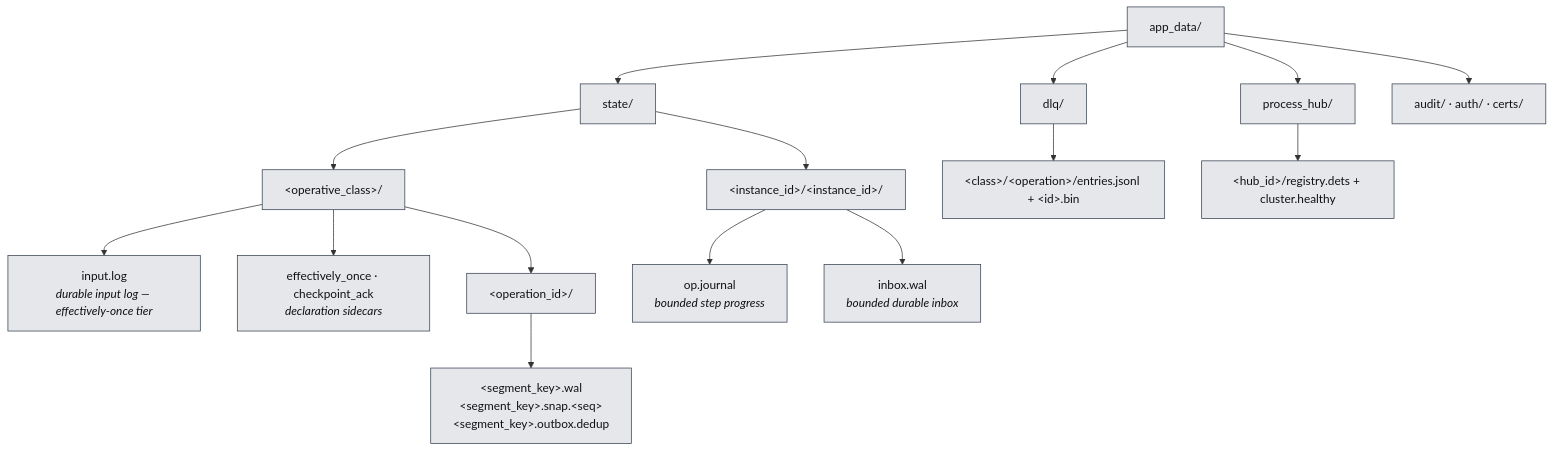
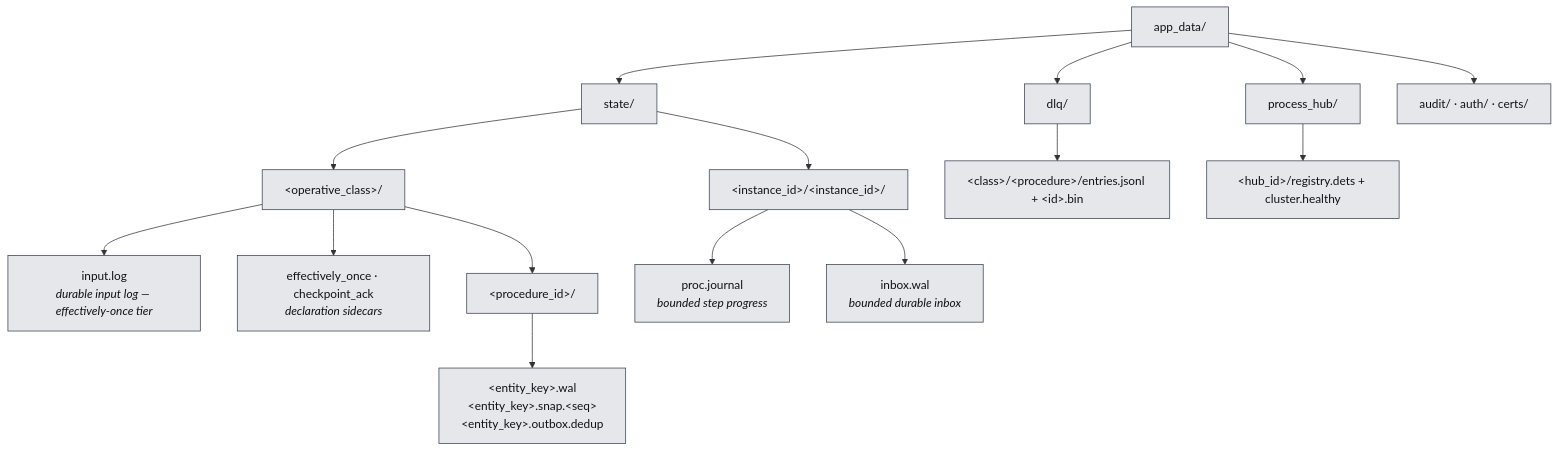
Before and after one commit to Flezha/flezha: the eighth of 9 diagrams in docs/architecture/README.md, drawn with Mermaid. The commit also changed other lines of this file and 658 other files, not shown here.

````diff
--- a/docs/architecture/README.md
+++ b/docs/architecture/README.md
@@ -337,38 +408,38 @@
 ```mermaid
 flowchart TB
     ROOT["app_data/"]:::store
     ST["state/"]:::store
     DLQ["dlq/"]:::store
     PH["process_hub/"]:::store
     AUD["audit/ · auth/ · certs/"]:::store
 
     CLS["&lt;operative_class&gt;/"]:::store
     IL["input.log<br/><i>durable input log — effectively-once tier</i>"]:::store
     DECL["effectively_once · checkpoint_ack<br/><i>declaration sidecars</i>"]:::store
-    OPID["&lt;operation_id&gt;/"]:::store
-    SEG["&lt;segment_key&gt;.wal<br/>&lt;segment_key&gt;.snap.&lt;seq&gt;<br/>&lt;segment_key&gt;.outbox.dedup"]:::store
+    OPID["&lt;procedure_id&gt;/"]:::store
+    SEG["&lt;entity_key&gt;.wal<br/>&lt;entity_key&gt;.snap.&lt;seq&gt;<br/>&lt;entity_key&gt;.outbox.dedup"]:::store
 
     INST["&lt;instance_id&gt;/&lt;instance_id&gt;/"]:::store
-    JRN["op.journal<br/><i>bounded step progress</i>"]:::store
+    JRN["proc.journal<br/><i>bounded step progress</i>"]:::store
     INB["inbox.wal<br/><i>bounded durable inbox</i>"]:::store
 
-    DLQE["&lt;class&gt;/&lt;operation&gt;/entries.jsonl + &lt;id&gt;.bin"]:::store
+    DLQE["&lt;class&gt;/&lt;procedure&gt;/entries.jsonl + &lt;id&gt;.bin"]:::store
     PHR["&lt;hub_id&gt;/registry.dets + cluster.healthy"]:::store
 
     ROOT --> ST
     ROOT --> DLQ
     ROOT --> PH
     ROOT --> AUD
     ST --> CLS
     CLS --> IL
     CLS --> DECL
     CLS --> OPID
     OPID --> SEG
     ST --> INST
     INST --> JRN
     INST --> INB
     DLQ --> DLQE
     PH --> PHR
 
     classDef store fill:#e5e7eb,stroke:#374151,color:#111
 ```
````
